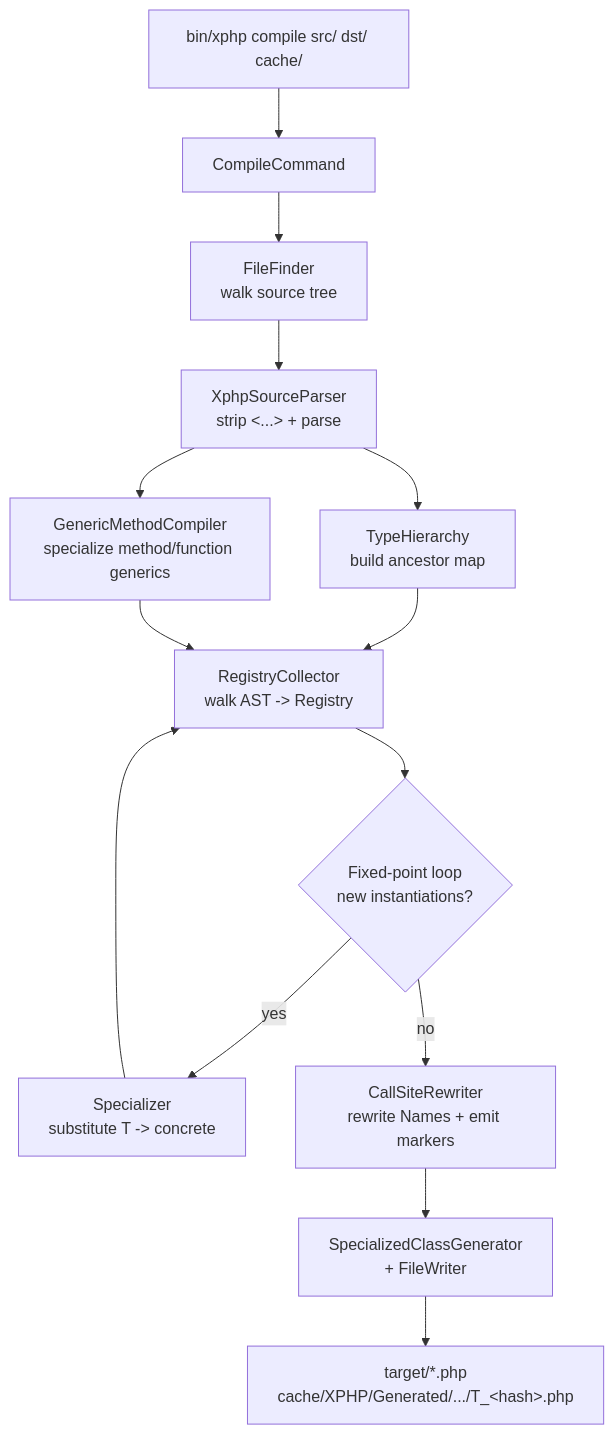
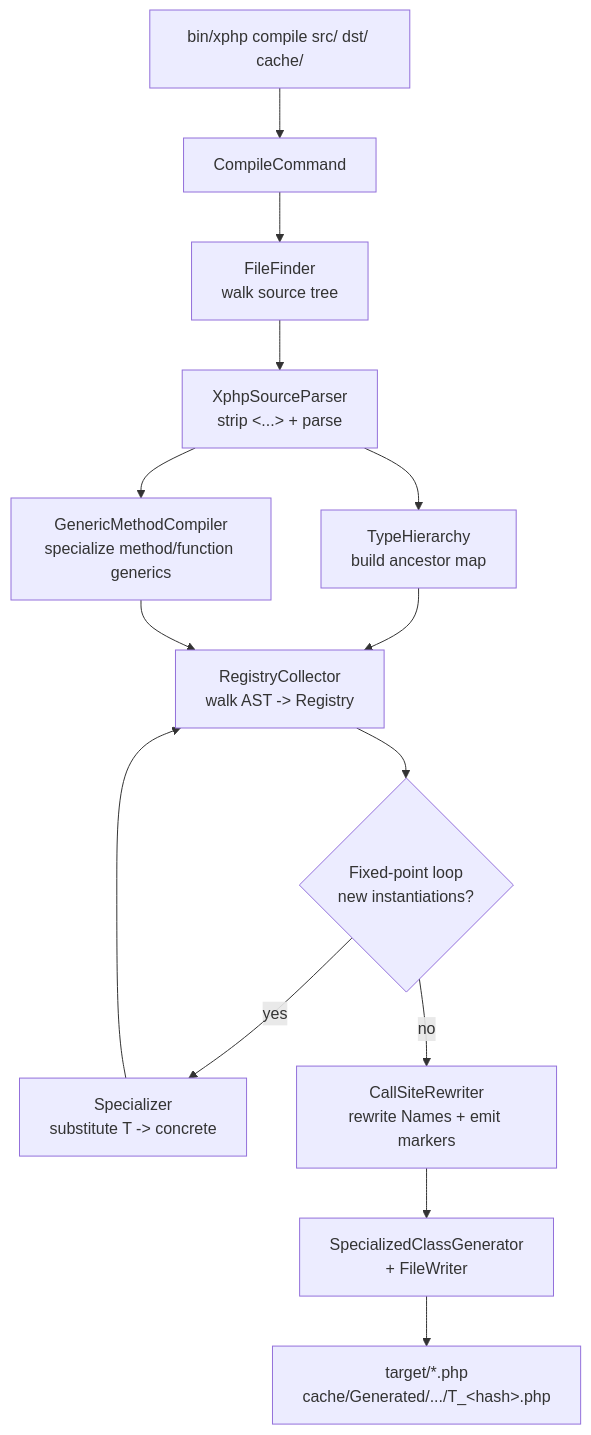
One commit to xphp-lang/xphp changed the first of 5 diagrams in docs/guides/how-it-works.md. Above: the diagram before and after it, drawn with Mermaid. The commit also changed other lines of this file and 5 other files, not shown here.

````diff
--- a/docs/guides/how-it-works.md
+++ b/docs/guides/how-it-works.md
@@ -34,16 +35,16 @@
 ```mermaid
 flowchart TD
     CLI["bin/xphp compile src/ dst/ cache/"] --> Cmd["CompileCommand"]
     Cmd --> Finder["FileFinder<br/>walk source tree"]
     Finder --> Parser["XphpSourceParser<br/>strip &lt;...&gt; + parse"]
     Parser --> Hierarchy["TypeHierarchy<br/>build ancestor map"]
     Parser --> MethodComp["GenericMethodCompiler<br/>specialize method/function generics"]
     Hierarchy --> Collector["RegistryCollector<br/>walk AST -> Registry"]
     MethodComp --> Collector
     Collector --> Loop{"Fixed-point loop<br/>new instantiations?"}
     Loop -- yes --> Spec["Specializer<br/>substitute T -> concrete"]
     Spec --> Collector
     Loop -- no --> Rewriter["CallSiteRewriter<br/>rewrite Names + emit markers"]
     Rewriter --> Emitter["SpecializedClassGenerator<br/>+ FileWriter"]
-    Emitter --> Files["target/*.php<br/>cache/XPHP/Generated/.../T_&lt;hash&gt;.php"]
+    Emitter --> Files["target/*.php<br/>cache/Generated/.../T_&lt;hash&gt;.php"]
 ```
````
